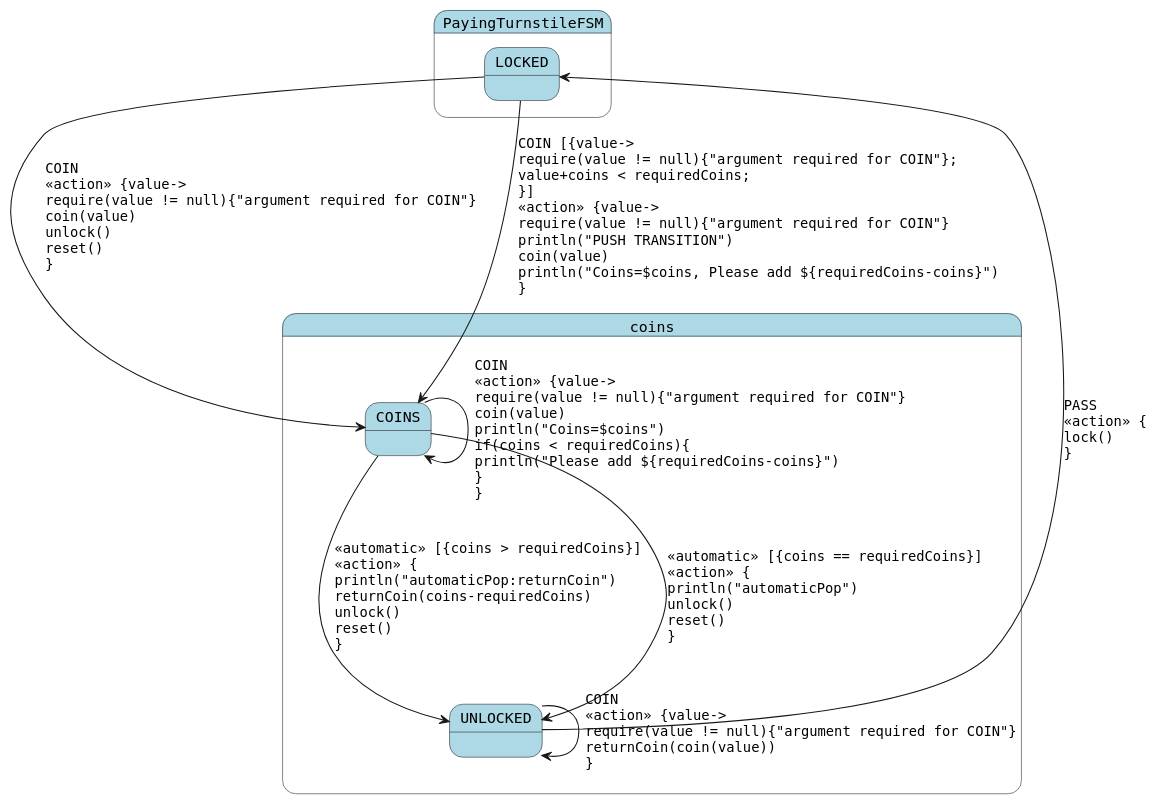
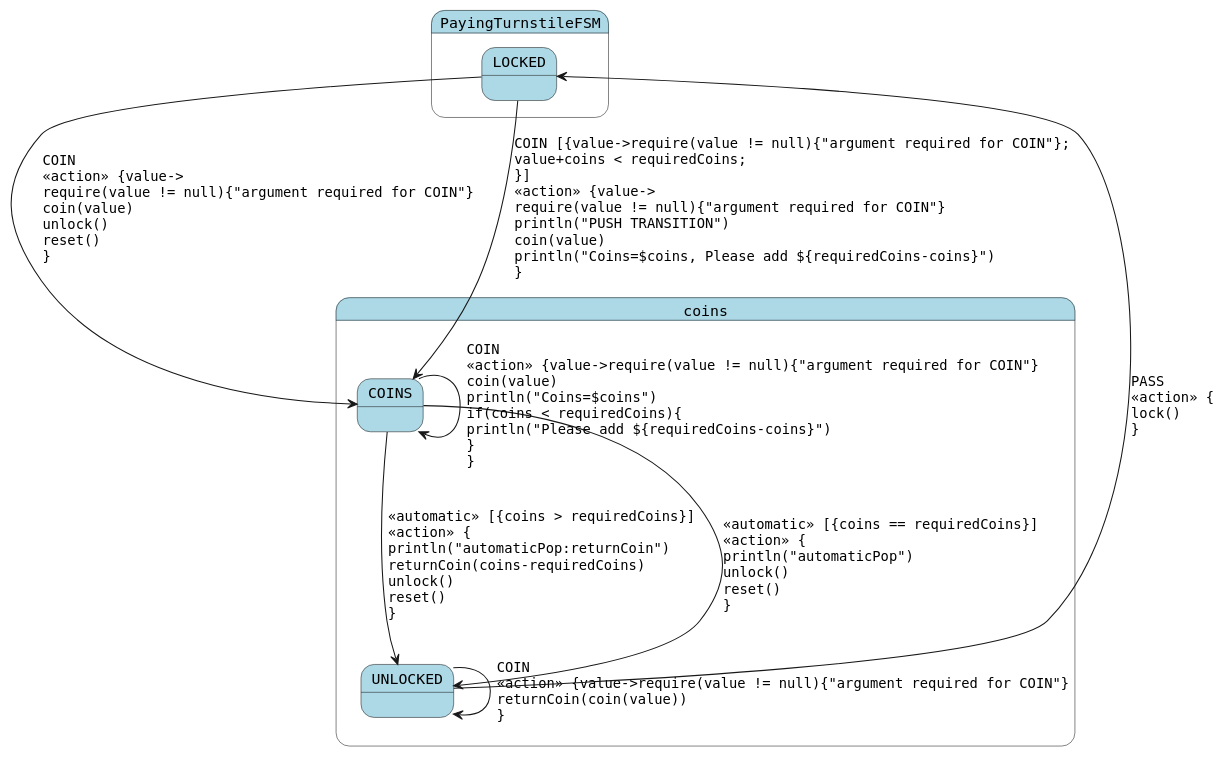
One commit to open-jumpco/kfsm changed the diagram in generated/paying-turnstile-detail.plantuml. Above: the diagram before and after it, drawn with PlantUML. The commit also changed 24 other files, not shown here.

```diff
--- a/generated/paying-turnstile-detail.plantuml
+++ b/generated/paying-turnstile-detail.plantuml
@@ -1,18 +1,18 @@
 @startuml
 skinparam StateFontName Helvetica
 skinparam defaultFontName Monospaced
 skinparam state {
     BackgroundColor LightBlue
 }
 state coins {
 COINS --> UNLOCKED : <<automatic>> [{coins > requiredCoins}]\l<<action>> {\lprintln("automaticPop:returnCoin")\lreturnCoin(coins-requiredCoins)\lunlock()\lreset()\l}
 COINS --> UNLOCKED : <<automatic>> [{coins == requiredCoins}]\l<<action>> {\lprintln("automaticPop")\lunlock()\lreset()\l}
-COINS --> COINS : COIN\l<<action>> {value->\lrequire(value != null){"argument required for COIN"}\lcoin(value)\lprintln("Coins=$coins")\lif(coins < requiredCoins){\lprintln("Please add ${requiredCoins-coins}")\l}\l}
+COINS --> COINS : COIN\l<<action>> {value->require(value != null){"argument required for COIN"}\lcoin(value)\lprintln("Coins=$coins")\lif(coins < requiredCoins){\lprintln("Please add ${requiredCoins-coins}")\l}\l}
 }
 state PayingTurnstileFSM {
 LOCKED --> COINS : COIN\l<<action>> {value->\lrequire(value != null){"argument required for COIN"}\lcoin(value)\lunlock()\lreset()\l}
-LOCKED --> COINS : COIN [{value->\lrequire(value != null){"argument required for COIN"};\lvalue+coins < requiredCoins;\l}]\l<<action>> {value->\lrequire(value != null){"argument required for COIN"}\lprintln("PUSH TRANSITION")\lcoin(value)\lprintln("Coins=$coins, Please add ${requiredCoins-coins}")\l}
-UNLOCKED --> UNLOCKED : COIN\l<<action>> {value->\lrequire(value != null){"argument required for COIN"}\lreturnCoin(coin(value))\l}
+LOCKED --> COINS : COIN [{value->require(value != null){"argument required for COIN"};\lvalue+coins < requiredCoins;\l}]\l<<action>> {value->\lrequire(value != null){"argument required for COIN"}\lprintln("PUSH TRANSITION")\lcoin(value)\lprintln("Coins=$coins, Please add ${requiredCoins-coins}")\l}
+UNLOCKED --> UNLOCKED : COIN\l<<action>> {value->require(value != null){"argument required for COIN"}\lreturnCoin(coin(value))\l}
 UNLOCKED --> LOCKED : PASS\l<<action>> {\llock()\l}
 }
 @enduml
```
